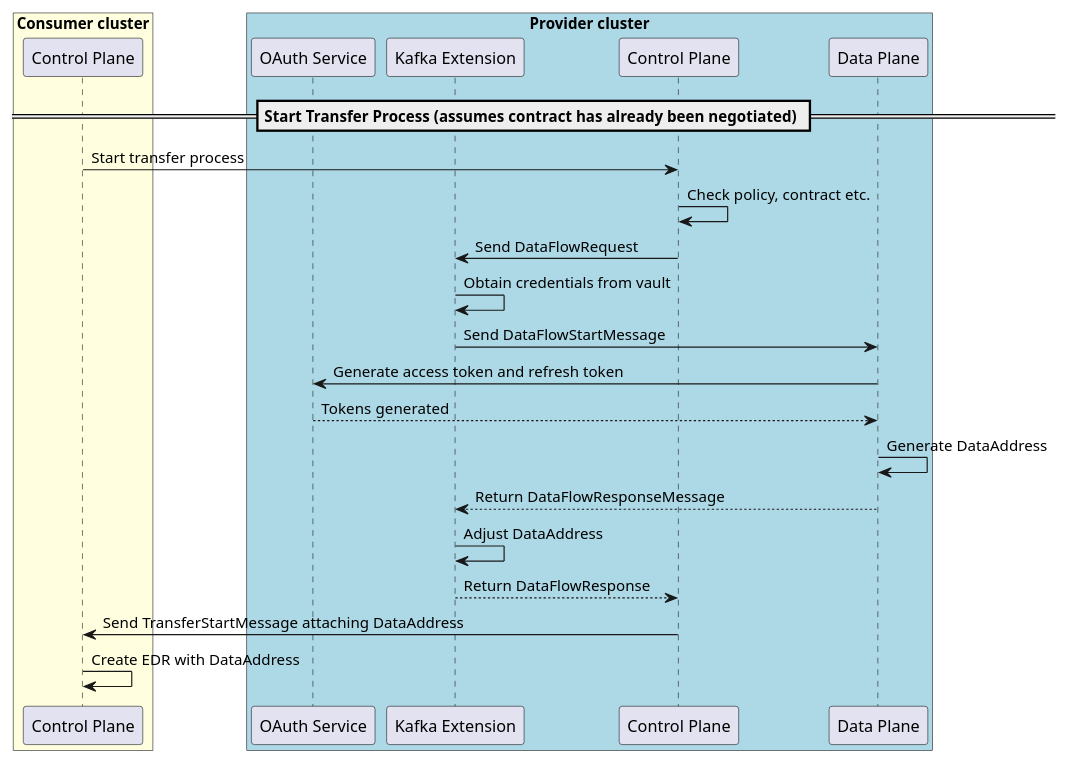
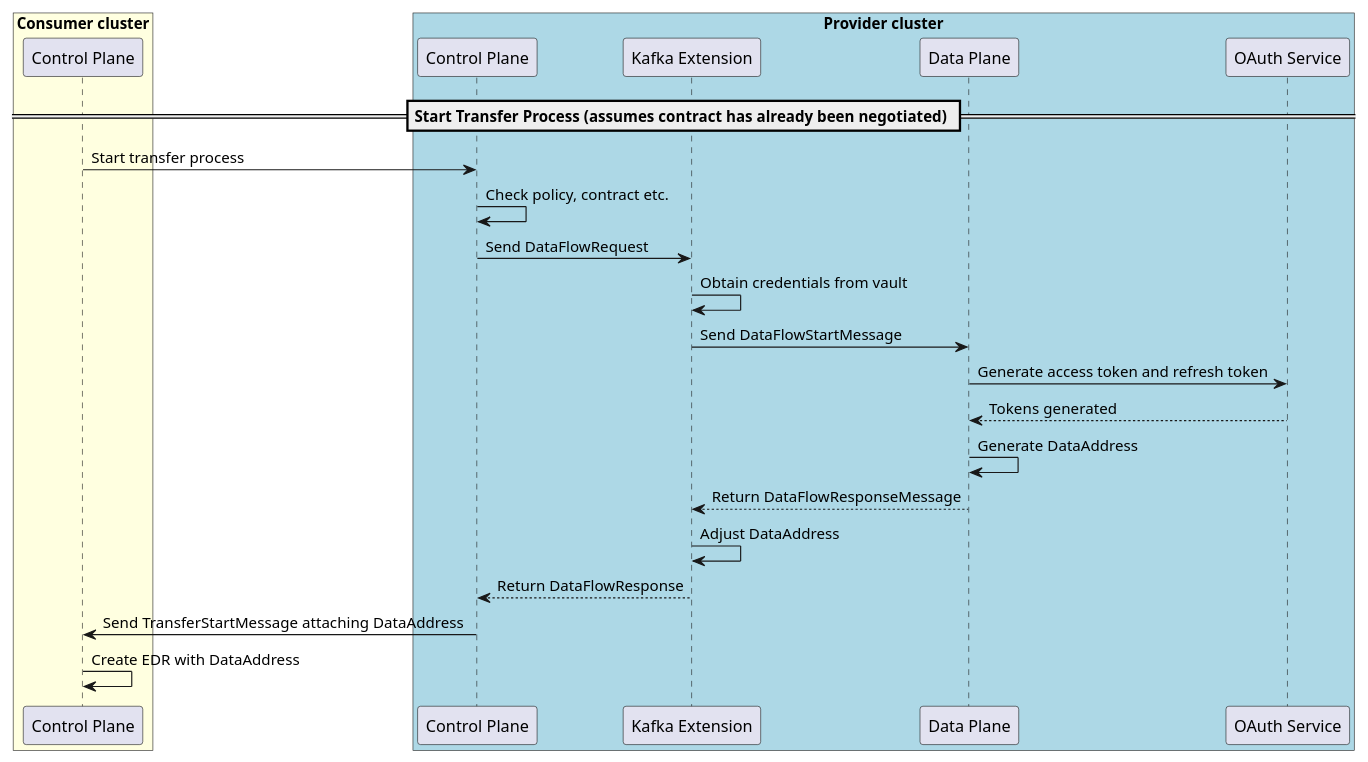
One commit to eclipse-tractusx/tractusx-edc-kafka-extension changed the diagram in concepts/MVP-kafka-pull/puml/Sequence diagram EDC Kafka Extension start transfer process.puml. Above: the diagram before and after it, drawn with PlantUML. The commit also changed other lines of this file and 8 other files, not shown here.

Commit message:
docs: restructure PUML diagrams for more readability

```diff
--- a/concepts/MVP-kafka-pull/puml/Sequence diagram EDC Kafka Extension start transfer process.puml
+++ b/concepts/MVP-kafka-pull/puml/Sequence diagram EDC Kafka Extension start transfer process.puml
@@ -1,31 +1,31 @@
 @startuml
 /'
 SPDX-License-Identifier: CC-BY-4.0
 SPDX-FileCopyrightText: (c) 2025 Cofinity-X GmbH
 '/
 box "Consumer cluster" #LightYellow
     participant "Control Plane" as ConsumerCP
 end box
 
 box "Provider cluster" #LightBlue
+    participant "Control Plane"  as ProviderCP
+    participant "Kafka Extension" as ProviderKE
+    participant "Data Plane"  as ProviderDP
     participant "OAuth Service" as OAuth2
-    participant "Kafka Extension" as ProviderKE
-    participant "Control Plane"  as ProviderCP
-    participant "Data Plane"  as ProviderDP
 end box
 
 == Start Transfer Process (assumes contract has already been negotiated) ==
 ConsumerCP -> ProviderCP : Start transfer process
 ProviderCP -> ProviderCP : Check policy, contract etc.
 ProviderCP -> ProviderKE : Send DataFlowRequest
 ProviderKE -> ProviderKE : Obtain credentials from vault
 ProviderKE -> ProviderDP : Send DataFlowStartMessage
 ProviderDP -> OAuth2 : Generate access token and refresh token
 ProviderDP <-- OAuth2 : Tokens generated
 ProviderDP -> ProviderDP : Generate DataAddress
 ProviderKE <-- ProviderDP : Return DataFlowResponseMessage
 ProviderKE -> ProviderKE : Adjust DataAddress
 ProviderKE --> ProviderCP : Return DataFlowResponse
 ProviderCP -> ConsumerCP : Send TransferStartMessage attaching DataAddress
 ConsumerCP -> ConsumerCP : Create EDR with DataAddress
 @enduml
```
